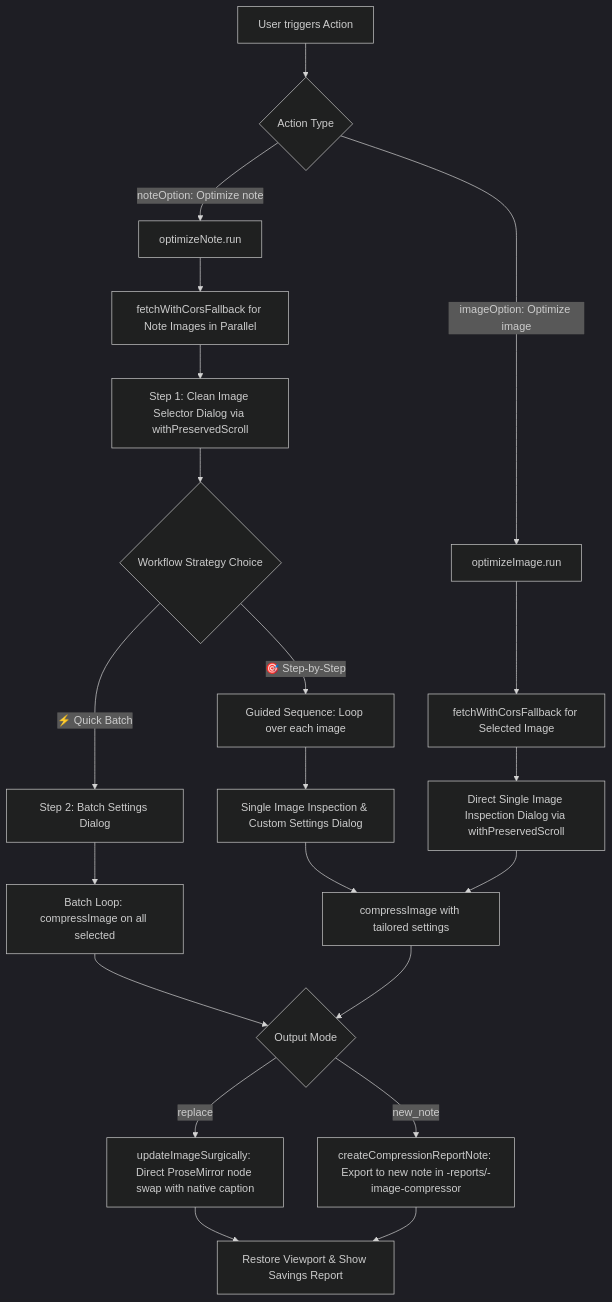
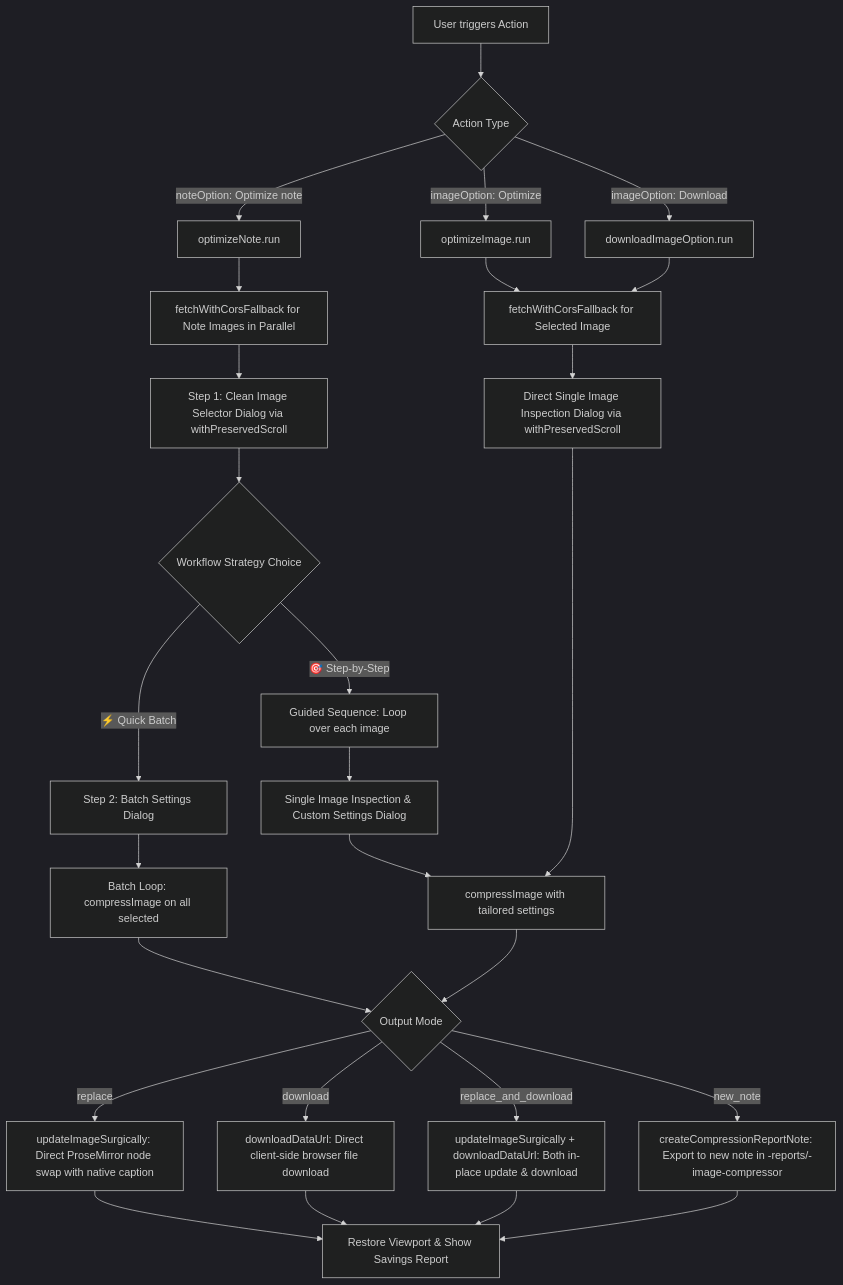
One commit to krishnakanthb13/anp-24-image-compressor changed the diagram in CODE_DOCUMENTATION.md. Above: the diagram before and after it, drawn with Mermaid (dark theme). The commit also changed other lines of this file and 14 other files, not shown here.

First line of the commit message:
v0.0.9 - feat(compressor): add client-side downloads and new output m...

````diff
--- a/CODE_DOCUMENTATION.md
+++ b/CODE_DOCUMENTATION.md
@@ -11,31 +11,37 @@
 ```mermaid
 flowchart TD
     A[User triggers Action] --> B{Action Type}
     B -->|noteOption: Optimize note| C[optimizeNote.run]
-    B -->|imageOption: Optimize image| D[optimizeImage.run]
+    B -->|imageOption: Optimize| D[optimizeImage.run]
+    B -->|imageOption: Download| D2[downloadImageOption.run]
     
     C --> E[fetchWithCorsFallback for Note Images in Parallel]
     D --> F[fetchWithCorsFallback for Selected Image]
+    D2 --> F
     
     E --> G[Step 1: Clean Image Selector Dialog via withPreservedScroll]
     G --> H{Workflow Strategy Choice}
     
     H -->|⚡ Quick Batch| I[Step 2: Batch Settings Dialog]
     I --> J[Batch Loop: compressImage on all selected]
     
     H -->|🎯 Step-by-Step| K[Guided Sequence: Loop over each image]
     K --> L[Single Image Inspection & Custom Settings Dialog]
     L --> M[compressImage with tailored settings]
     
     F --> N[Direct Single Image Inspection Dialog via withPreservedScroll]
     N --> M
     
     J --> P{Output Mode}
     M --> P
     
     P -->|replace| Q[updateImageSurgically: Direct ProseMirror node swap with native caption]
+    P -->|download| QD[downloadDataUrl: Direct client-side browser file download]
+    P -->|replace_and_download| QB[updateImageSurgically + downloadDataUrl: Both in-place update & download]
     P -->|new_note| R[createCompressionReportNote: Export to new note in -reports/-image-compressor]
     
     Q --> S[Restore Viewport & Show Savings Report]
+    QD --> S
+    QB --> S
     R --> S
 ```
````
